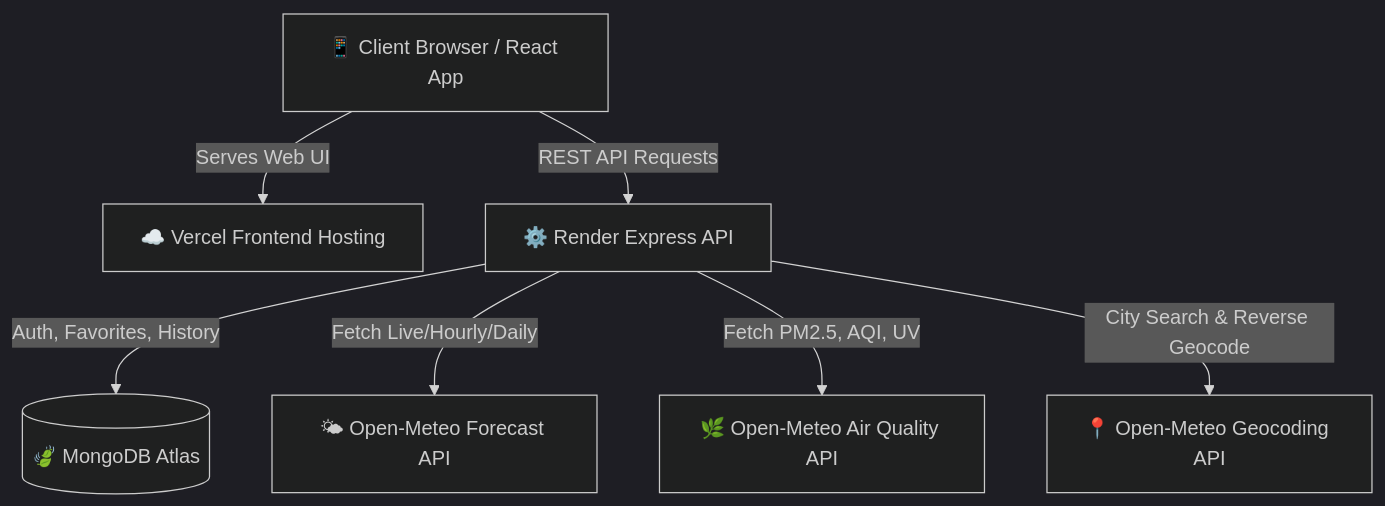
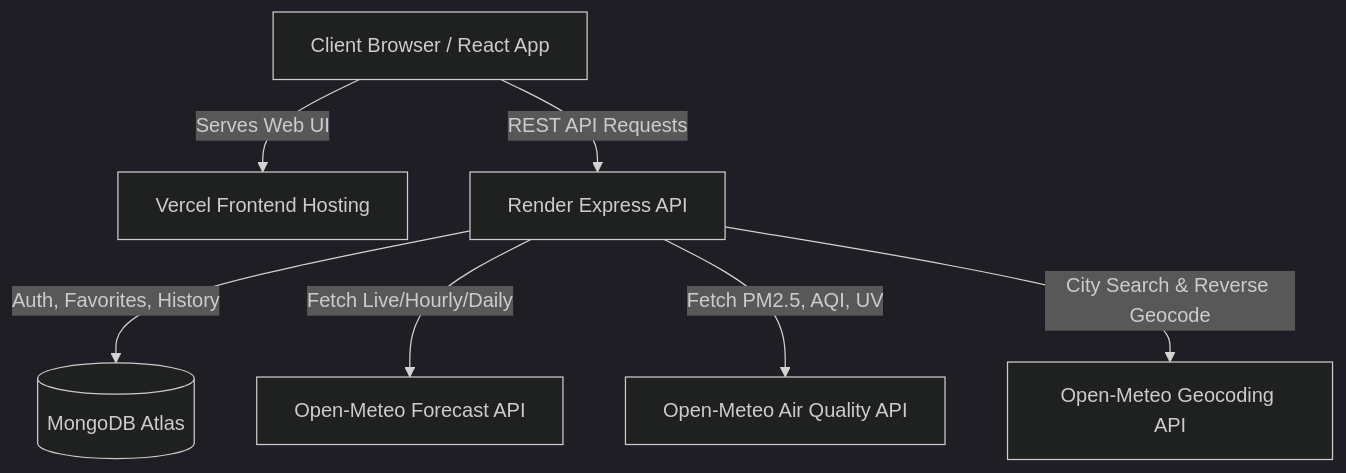
Before and after one commit to Ykhushi67/Weather-app: the diagram in README.md, drawn with Mermaid (dark theme). The commit also changed other lines of this file, not shown here.

````diff
--- a/README.md
+++ b/README.md
@@ -73,17 +65,17 @@
 ```mermaid
 graph TD
-    User[📱 Client Browser / React App]
-    ViteHost[☁️ Vercel Frontend Hosting]
-    RenderBackend[⚙️ Render Express API]
-    MongoDB[(🍃 MongoDB Atlas)]
-    OpenMeteoForecast[🌤 Open-Meteo Forecast API]
-    OpenMeteoAQI[🌿 Open-Meteo Air Quality API]
-    OpenMeteoGeo[📍 Open-Meteo Geocoding API]
+    User[ Client Browser / React App]
+    ViteHost[ Vercel Frontend Hosting]
+    RenderBackend[ Render Express API]
+    MongoDB[( MongoDB Atlas)]
+    OpenMeteoForecast[ Open-Meteo Forecast API]
+    OpenMeteoAQI[ Open-Meteo Air Quality API]
+    OpenMeteoGeo[ Open-Meteo Geocoding API]
 
     User -->|Serves Web UI| ViteHost
     User -->|REST API Requests| RenderBackend
     RenderBackend -->|Auth, Favorites, History| MongoDB
     RenderBackend -->|Fetch Live/Hourly/Daily| OpenMeteoForecast
     RenderBackend -->|Fetch PM2.5, AQI, UV| OpenMeteoAQI
     RenderBackend -->|City Search & Reverse Geocode| OpenMeteoGeo
 ```
````
